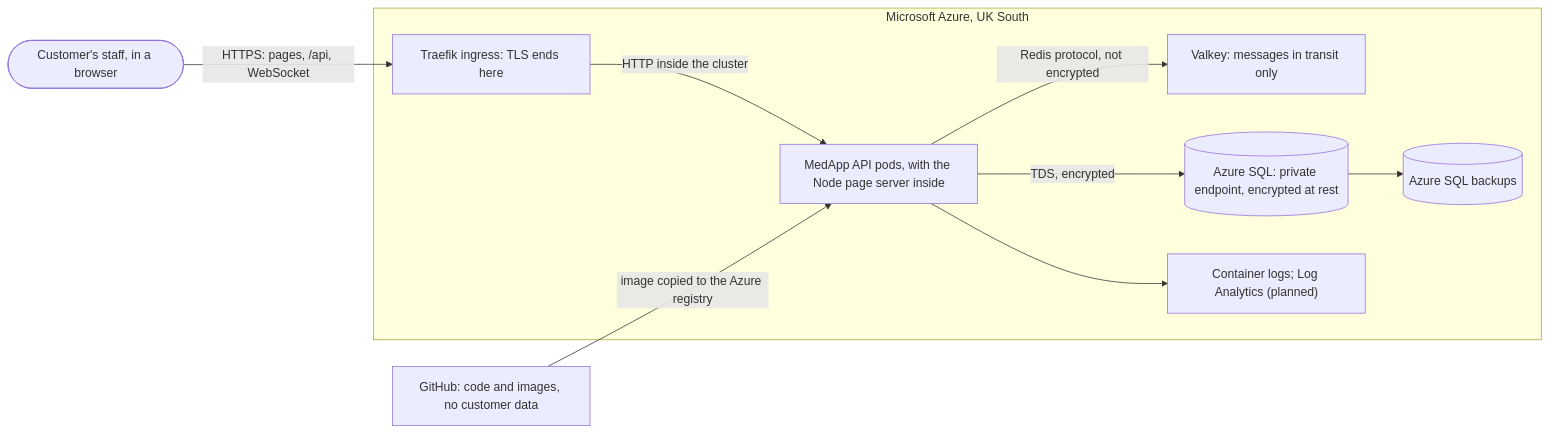
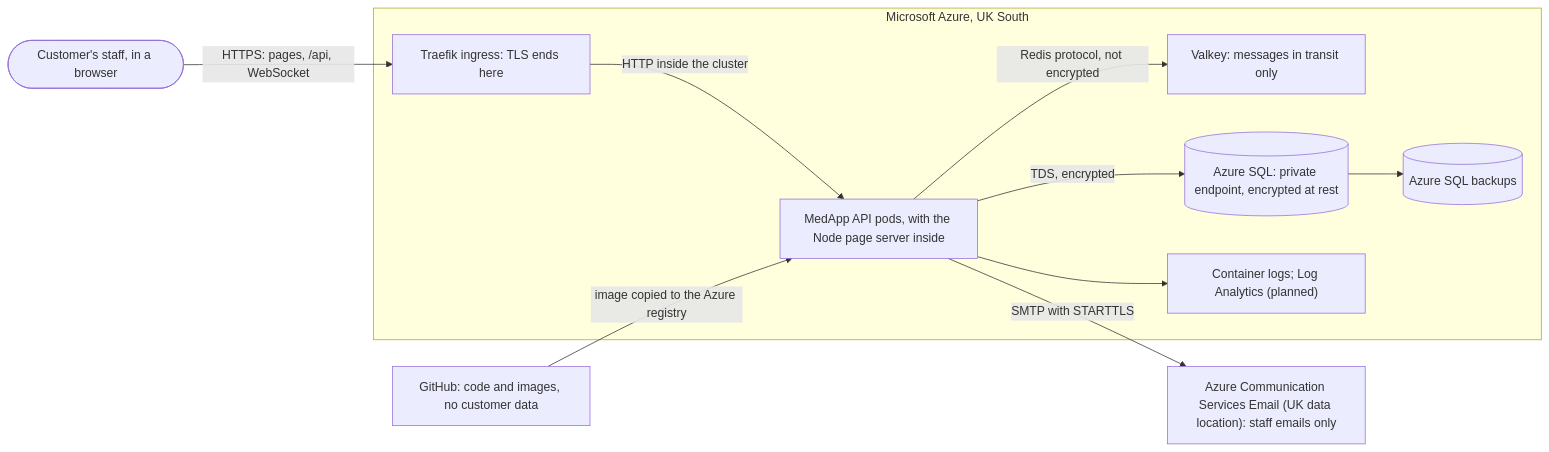
One commit to Aliator/MedApp changed the diagram in docs/governance/data-inventory.md. Above: the diagram before and after it, drawn with Mermaid. The commit also changed other lines of this file and 8 other files, not shown here.

````diff
--- a/docs/governance/data-inventory.md
+++ b/docs/governance/data-inventory.md
@@ -55,20 +59,22 @@
 ```mermaid
 flowchart LR
     staff(["Customer's staff, in a browser"])
     subgraph uk["Microsoft Azure, UK South"]
       ingress["Traefik ingress: TLS ends here"]
       api["MedApp API pods, with the Node page server inside"]
       valkey["Valkey: messages in transit only"]
       sql[("Azure SQL: private endpoint, encrypted at rest")]
       backups[("Azure SQL backups")]
       logs["Container logs; Log Analytics (planned)"]
     end
+    acs["Azure Communication Services Email (UK data location): staff emails only"]
     gh["GitHub: code and images, no customer data"]
     staff -->|"HTTPS: pages, /api, WebSocket"| ingress
     ingress -->|"HTTP inside the cluster"| api
     api -->|"TDS, encrypted"| sql
     api -->|"Redis protocol, not encrypted"| valkey
+    api -->|"SMTP with STARTTLS"| acs
     sql --> backups
     api --> logs
     gh -->|"image copied to the Azure registry"| api
 ```
````
